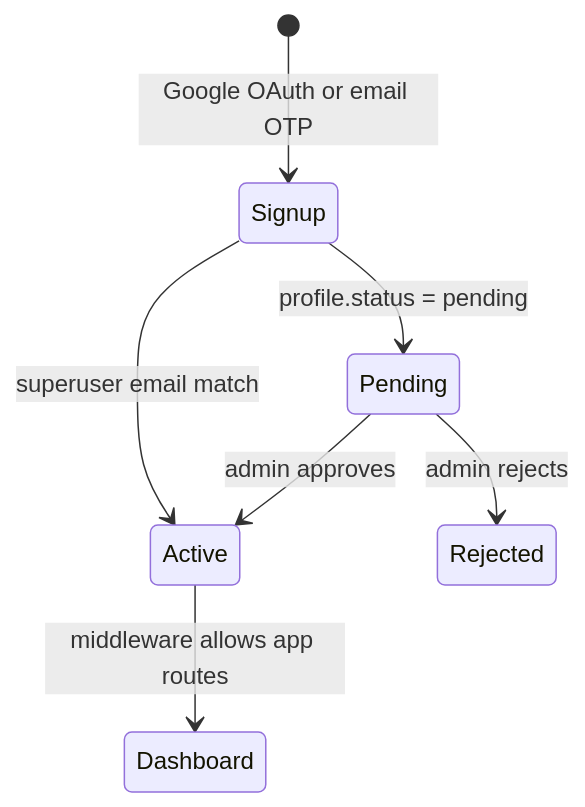
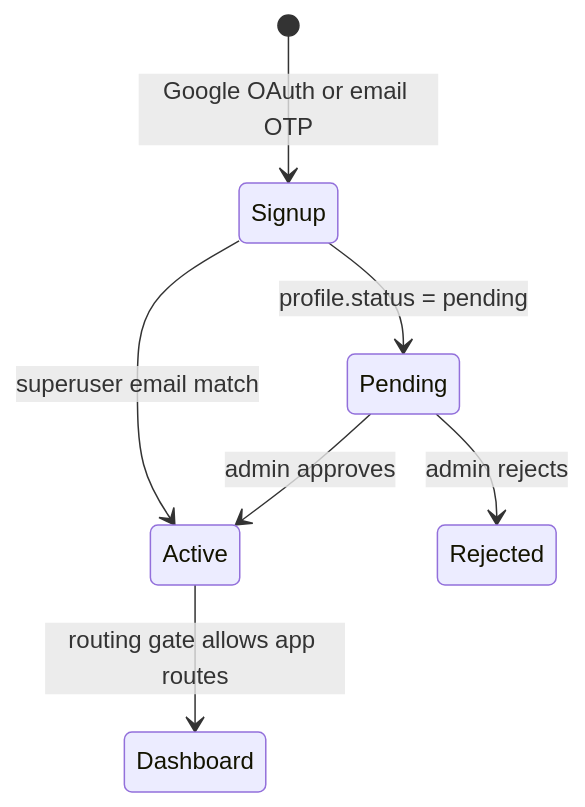
One commit to Ssaammmmiitt/Skim changed the fifth of 5 diagrams in docs/architecture.md. Above: the diagram before and after it, drawn with Mermaid. The commit also changed other lines of this file and 9 other files, not shown here.

````diff
--- a/docs/architecture.md
+++ b/docs/architecture.md
@@ -293,9 +296,9 @@
 ```mermaid
 stateDiagram-v2
   [*] --> Signup: Google OAuth or email OTP
   Signup --> Pending: profile.status = pending
   Pending --> Active: admin approves
   Pending --> Rejected: admin rejects
-  Active --> Dashboard: middleware allows app routes
+  Active --> Dashboard: routing gate allows app routes
   Signup --> Active: superuser email match
 ```
````
